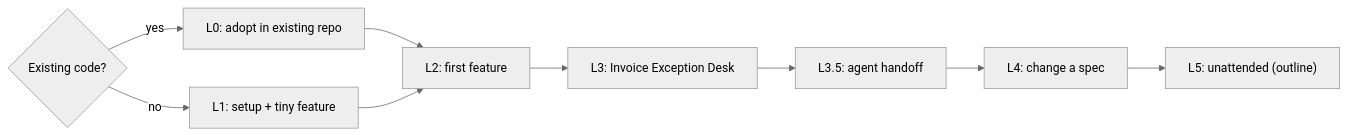
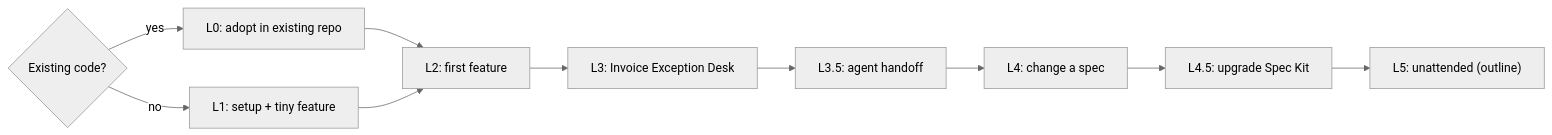
The fourth of 4 diagrams in docs/index.md (tosin2013/invoice-exception-desk), drawn with Mermaid (neutral theme) before and after one commit. The commit also changed other lines of this file and 5 other files, not shown here.

First line of the commit message:
docs: add L4.5 'Upgrading Spec Kit itself' as a repeatable routine (1.1.3 -> 1.2.3 worked example)

````diff
--- a/docs/index.md
+++ b/docs/index.md
@@ -102,8 +102,8 @@
 ```mermaid
 flowchart LR
   Q{Existing code?} -->|yes| L0["L0: adopt in existing repo"]
   Q -->|no| L1["L1: setup + tiny feature"]
   L0 --> L2["L2: first feature"]
   L1 --> L2
-  L2 --> L3["L3: Invoice Exception Desk"] --> L35["L3.5: agent handoff"] --> L4["L4: change a spec"] --> L5["L5: unattended (outline)"]
+  L2 --> L3["L3: Invoice Exception Desk"] --> L35["L3.5: agent handoff"] --> L4["L4: change a spec"] --> L45["L4.5: upgrade Spec Kit"] --> L5["L5: unattended (outline)"]
 ```
````
